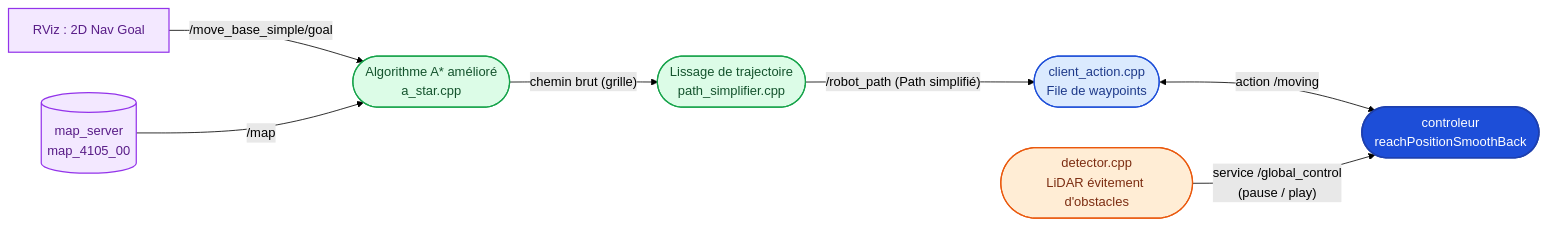
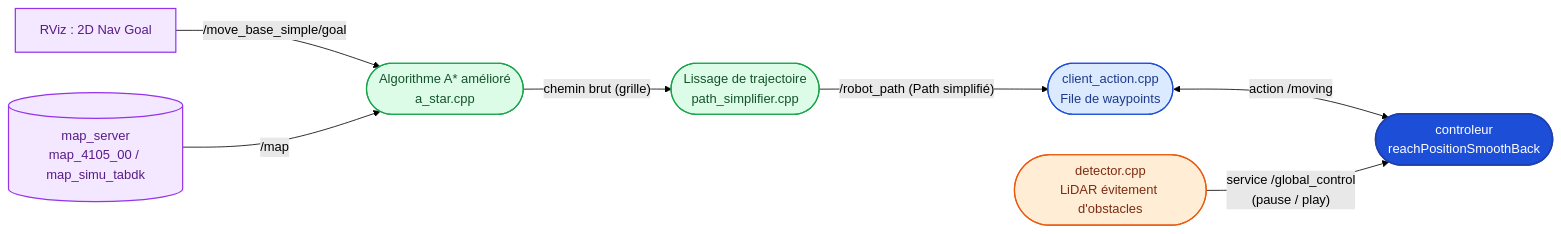
One commit to benoitdekeyn/E4SE_TD_TP changed diagram 17 of 18 in robotique_et_navigation/Rapport/Rapport.md. Above: the diagram before and after it, drawn with Mermaid (forest theme). The commit also changed other lines of this file and 4 other files, not shown here.

````diff
--- a/robotique_et_navigation/Rapport/Rapport.md
+++ b/robotique_et_navigation/Rapport/Rapport.md
@@ -1441,29 +1441,29 @@
 ```mermaid
 ---
 config:
   layout: dagre
 ---
 flowchart LR
     RVIZ["`RViz : 2D Nav Goal`"]
-    MAP[("`map_server<br/>map_4105_00`")]
+    MAP[("`map_server<br/>map_4105_00 / map_simu_tabdk`")]
     ASTAR(["`Algorithme A* amélioré<br/>a_star.cpp`"])
     SIMP(["`Lissage de trajectoire<br/>path_simplifier.cpp`"])
     CACT(["`client_action.cpp<br/>File de waypoints`"])
     CTRL(["`controleur<br/>reachPositionSmoothBack`"])
     DET(["`detector.cpp<br/>LiDAR évitement d'obstacles`"])
 
     RVIZ -->|"/move_base_simple/goal"| ASTAR
     MAP -->|"/map"| ASTAR
     ASTAR -->|"chemin brut (grille)"| SIMP
     SIMP -->|"/robot_path (Path simplifié)"| CACT
     CACT <-->|"action /moving"| CTRL
     DET -->|"service /global_control<br/>(pause / play)"| CTRL
 
     style RVIZ fill:#f3e8ff,stroke:#9333ea,stroke-width:1.5px,color:#581c87
     style MAP fill:#f3e8ff,stroke:#9333ea,stroke-width:1.5px,color:#581c87
     style ASTAR fill:#dcfce7,stroke:#16a34a,stroke-width:1.5px,color:#14532d
     style SIMP fill:#dcfce7,stroke:#16a34a,stroke-width:1.5px,color:#14532d
     style CACT fill:#dbeafe,stroke:#1d4ed8,stroke-width:1.5px,color:#1e3a8a
     style CTRL fill:#1d4ed8,stroke:#1e40af,stroke-width:2px,color:#ffffff
     style DET fill:#ffedd5,stroke:#ea580c,stroke-width:1.5px,color:#7c2d12
 ```
````
